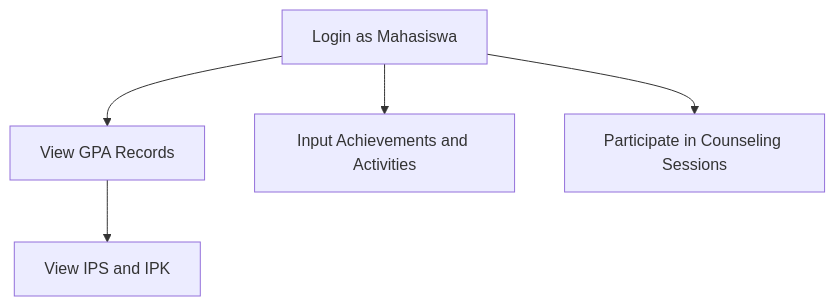
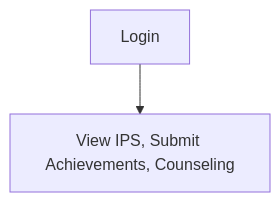
Before and after one commit to Protic-PNC/jkb-sistem-dosen-wali: the fourth of 5 diagrams in README.md, drawn with Mermaid. The commit also changed other lines of this file, not shown here.

````diff
--- a/README.md
+++ b/README.md
@@ -184,8 +107,4 @@
 ```mermaid
 graph TD;
-    %% Mahasiswa (Student) Flowchart
-    Z[Login as Mahasiswa] --> AA[View GPA Records]
-    AA --> AB[View IPS and IPK]
-    Z --> AC[Input Achievements and Activities]
-    Z --> AD[Participate in Counseling Sessions]
+    Z[Login] --> AA[View IPS, Submit Achievements, Counseling]
 ```
````
